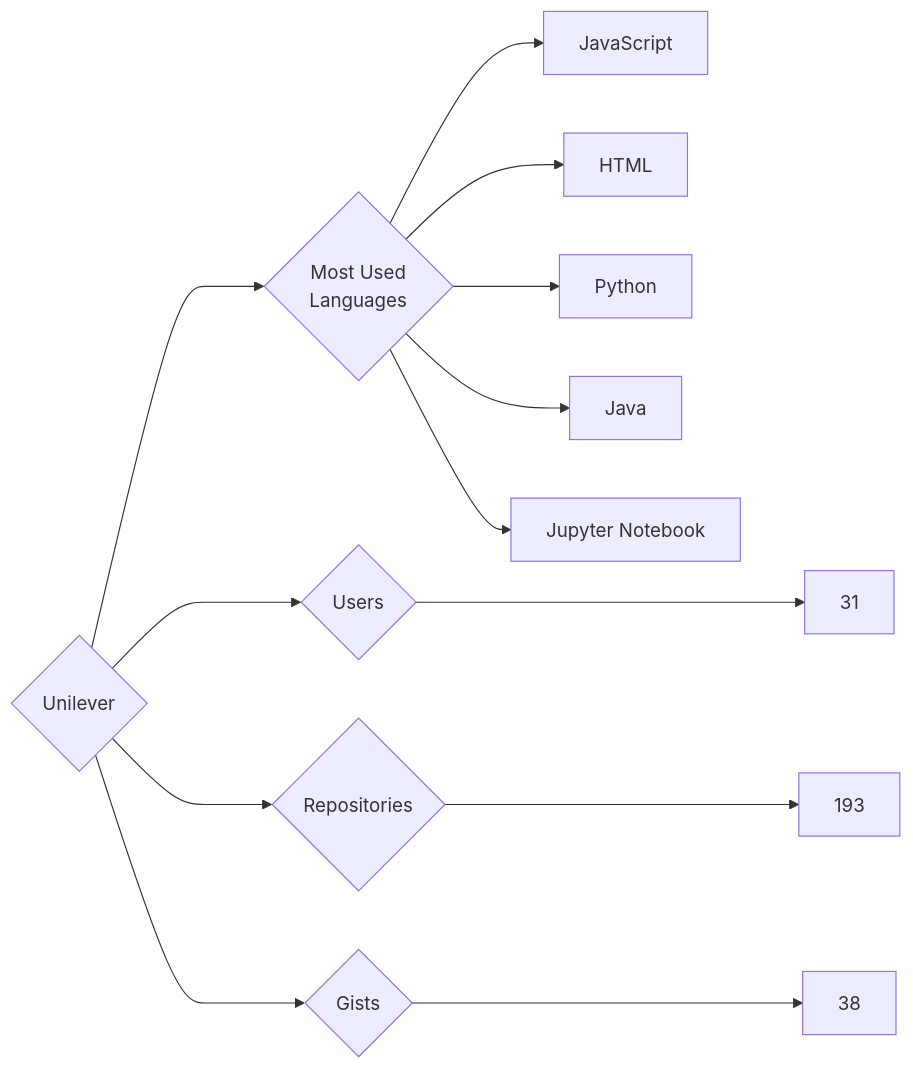
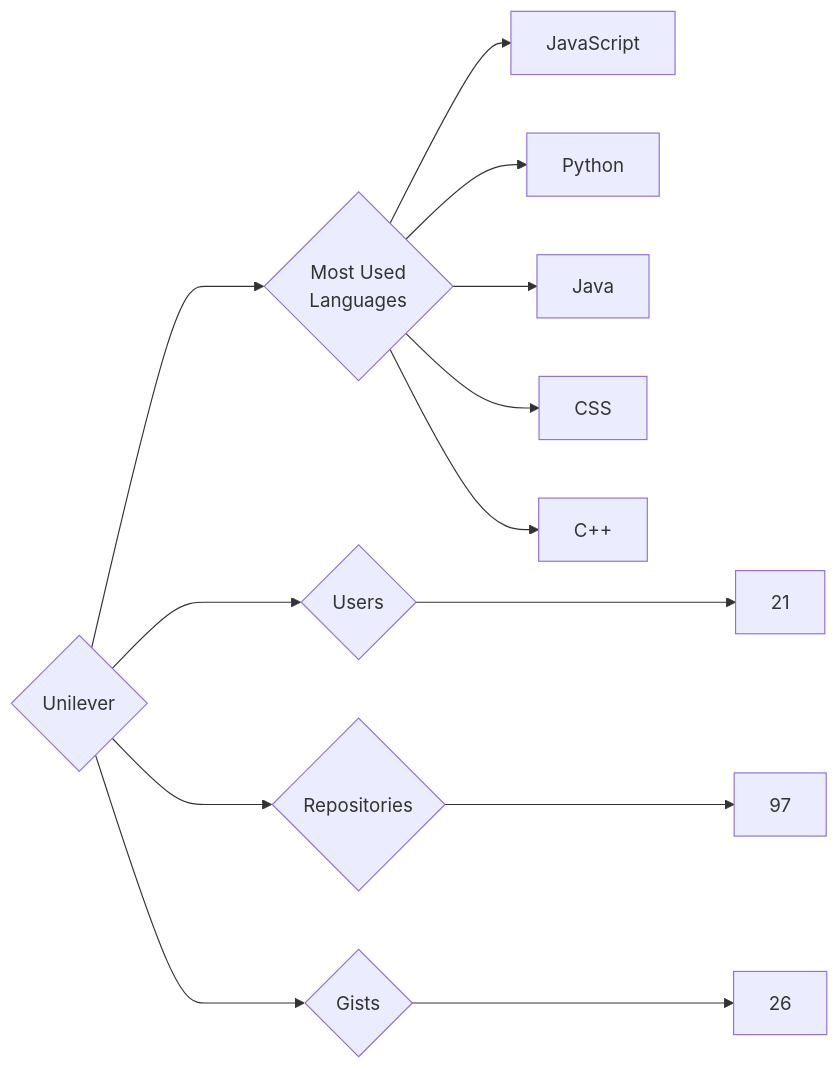
The diagram in targets/Unilever/README.md (trickest/insiders), drawn with Mermaid before and after one commit. The commit also changed 794 other files, not shown here.

````diff
--- a/targets/Unilever/README.md
+++ b/targets/Unilever/README.md
@@ -3,13 +3,13 @@
 ```mermaid
 graph LR
 COMPANY_NAME{Unilever}
-COMPANY_NAME ---> U{Users} ---> UN[31]
-COMPANY_NAME ---> R{Repositories} ---> RN[193]
-COMPANY_NAME ---> G{Gists} ---> GN[38]
+COMPANY_NAME ---> U{Users} ---> UN[21]
+COMPANY_NAME ---> R{Repositories} ---> RN[97]
+COMPANY_NAME ---> G{Gists} ---> GN[26]
 COMPANY_NAME ---> ML{Most Used<br>Languages}
 ML --> JavaScript[JavaScript]
-ML --> HTML[HTML]
 ML --> Python[Python]
 ML --> Java[Java]
-ML --> Jupyter_Notebook[Jupyter Notebook]
+ML --> CSS[CSS]
+ML --> C++[C++]
 ```
````
